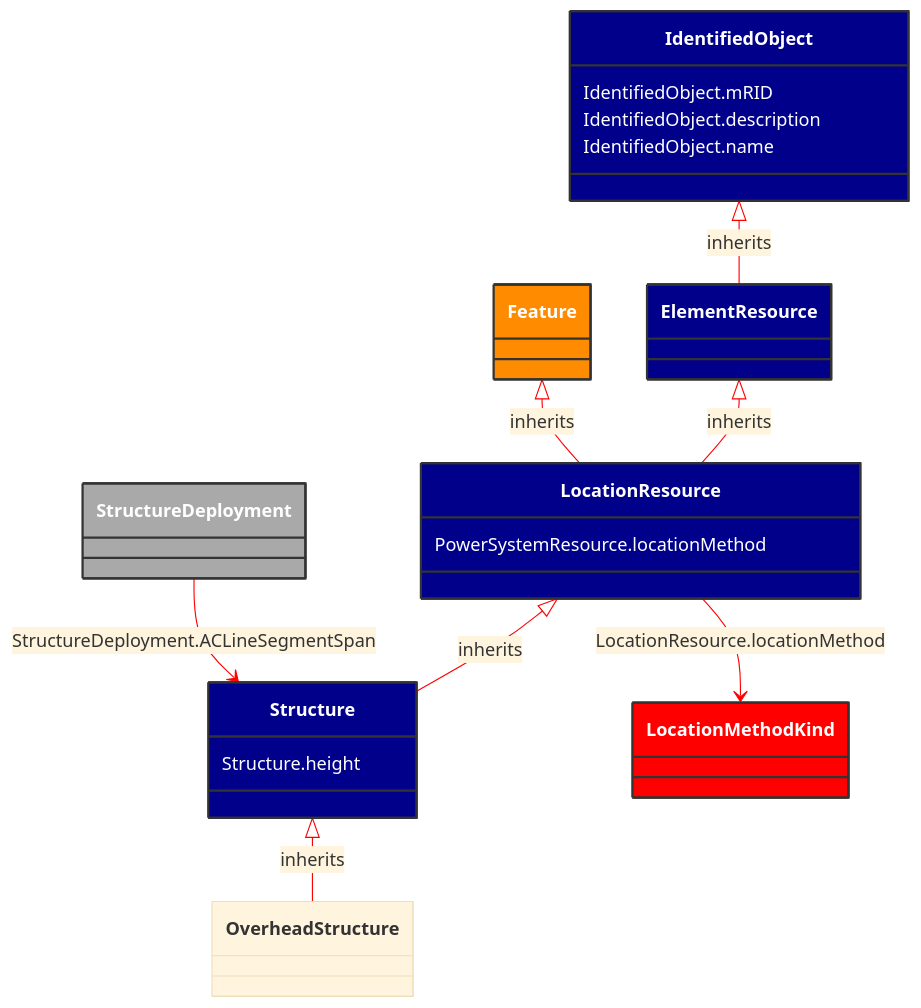
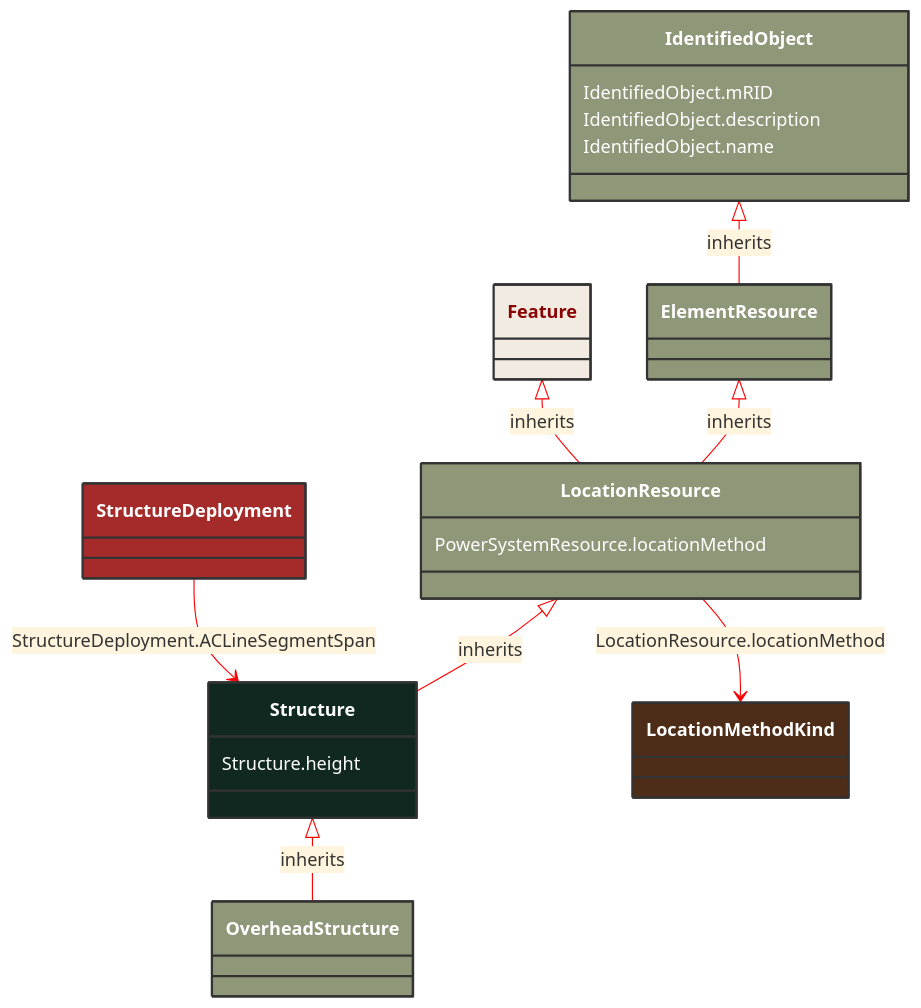
Before and after one commit to 3lbits/NoCIMExtensions: the diagram in docs/Models/Profiles/AviationObstacle/AbstractClasses/Structure.md, drawn with Mermaid. The commit also changed 190 other files, not shown here.

````diff
--- a/docs/Models/Profiles/AviationObstacle/AbstractClasses/Structure.md
+++ b/docs/Models/Profiles/AviationObstacle/AbstractClasses/Structure.md
@@ -10,50 +10,48 @@
 ```mermaid
 %%{init: {'theme':'base','themeVariables': {'lineColor': '#FF0000'}}}%%
 classDiagram
     class Structure
     click Structure href "/Models/Profiles/AviationObstacle/AbstractClasses/Structure/"
-    style Structure fill:#006400,stroke:#333,stroke-width:2px,rx:10,ry:10,color:white
+    style Structure fill:#102820,stroke:#333,stroke-width:2px,rx:10,ry:10,color:white
 
         Structure <|-- OverheadStructure : inherits
-            click Structure href "/Models/Profiles/AviationObstacle/AbstractClasses/Structure/"
-            style Structure fill:#00008B,stroke:#333,stroke-width:2px,rx:10,ry:10,color:white
 
         OverheadStructure
             click OverheadStructure href "/Models/Profiles/AviationObstacle/ConcreteClasses/OverheadStructure/"
-            style Structure fill:#00008B,stroke:#333,stroke-width:2px,rx:10,ry:10,color:white
-
+            style OverheadStructure fill:#8F9779,stroke:#333,stroke-width:2px,rx:10,ry:10,color:white
+     
         LocationResource <|-- Structure : inherits
             click LocationResource href "/Models/Profiles/AviationObstacle/AbstractClasses/LocationResource/"
-            style LocationResource fill:#00008B,stroke:#333,stroke-width:2px,rx:10,ry:10,color:white
-
+            style LocationResource fill:#8F9779,stroke:#333,stroke-width:2px,rx:10,ry:10,color:white
+     
         ElementResource <|-- LocationResource : inherits
             click ElementResource href "/Models/Profiles/AviationObstacle/AbstractClasses/ElementResource/"
-            style ElementResource fill:#00008B,stroke:#333,stroke-width:2px,rx:10,ry:10,color:white
-
+            style ElementResource fill:#8F9779,stroke:#333,stroke-width:2px,rx:10,ry:10,color:white
+     
         IdentifiedObject <|-- ElementResource : inherits
             click IdentifiedObject href "/Models/Profiles/AviationObstacle/AbstractClasses/IdentifiedObject/"
-            style IdentifiedObject fill:#00008B,stroke:#333,stroke-width:2px,rx:10,ry:10,color:white
+            style IdentifiedObject fill:#8F9779,stroke:#333,stroke-width:2px,rx:10,ry:10,color:white
 
         Feature <|-- LocationResource : inherits
             click Feature href "/Models/Profiles/AviationObstacle/ConcreteClasses/Feature/"
-            style Feature fill:#FF8C00,stroke:#333,stroke-width:2px,rx:10,ry:10,color:white
+            style Feature fill:#F2EBE2,stroke:#333,stroke-width:2px,rx:10,ry:10,color:#8A0303
 
 
         StructureDeployment --> Structure : StructureDeployment.ACLineSegmentSpan
 
         StructureDeployment
             click StructureDeployment href "/Models/Profiles/AviationObstacle/ConcreteClasses/StructureDeployment/"
-            style StructureDeployment fill:#A9A9A9,stroke:#333,stroke-width:2px,rx:10,ry:10,color:white
+            style StructureDeployment fill:#A52A2A,stroke:#333,stroke-width:2px,rx:10,ry:10,color:white
 
         LocationResource --> LocationMethodKind : LocationResource.locationMethod
 
         LocationMethodKind
             click LocationMethodKind href "/Models/Profiles/AviationObstacle/Enumerations/LocationMethodKind/"
-            style LocationMethodKind fill:#FF0000,stroke:#333,stroke-width:2px,rx:10,ry:10,color:white
+            style LocationMethodKind fill:#4D2D18,stroke:#333,stroke-width:2px,rx:10,ry:10,color:white
 
         Structure : Structure.height
         LocationResource : PowerSystemResource.locationMethod
         IdentifiedObject : IdentifiedObject.mRID
         IdentifiedObject : IdentifiedObject.description
         IdentifiedObject : IdentifiedObject.name
 ```
````
